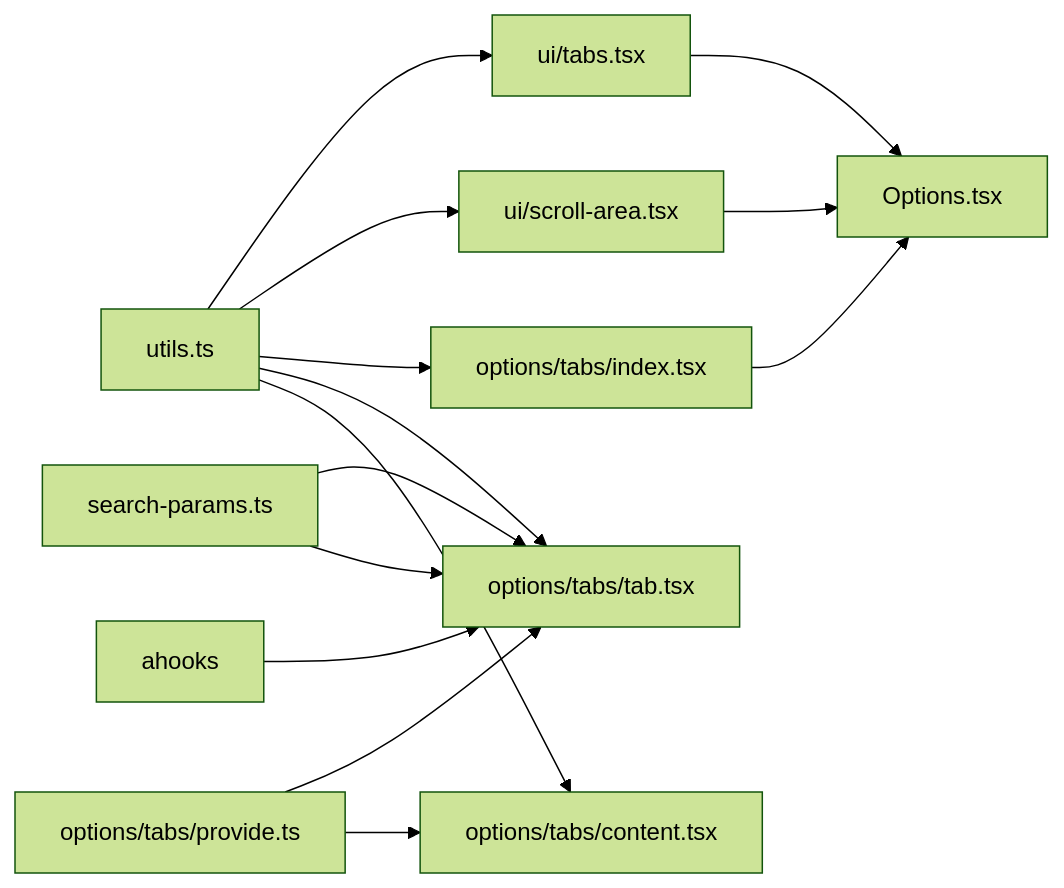
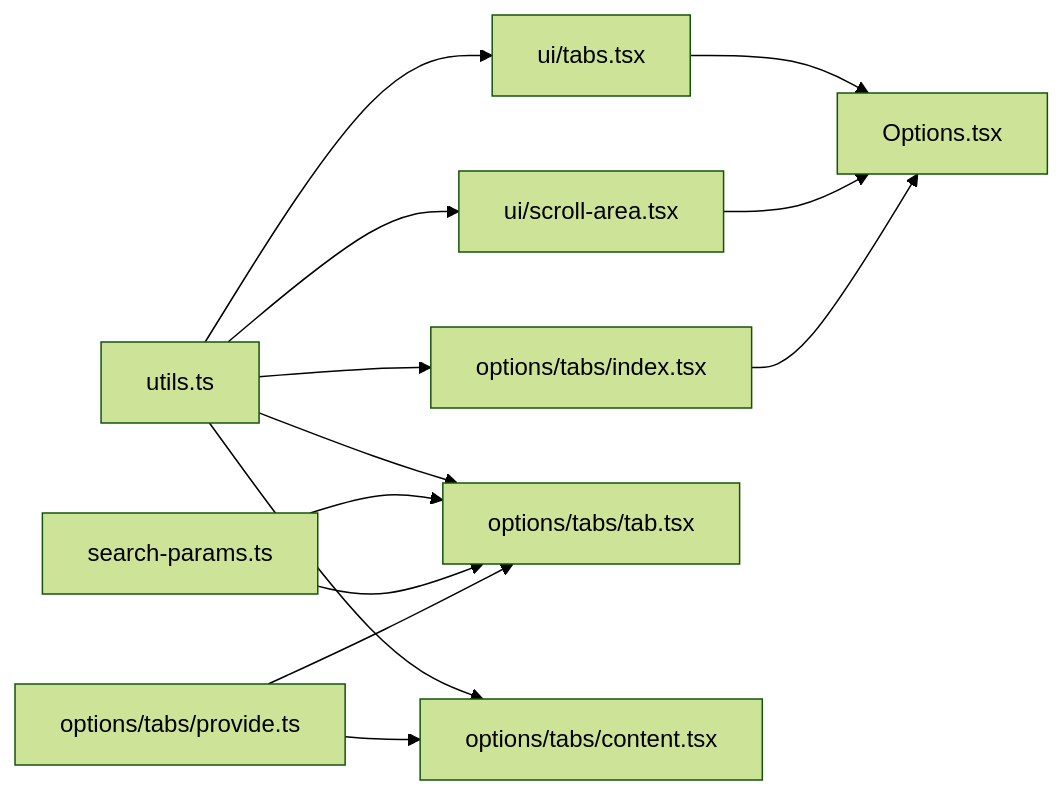
One commit to RadiumAg/bilibili-favorites changed the sixth of 6 diagrams in .qoder/repowiki/zh/content/UI组件系统/布局组件.md. Above: the diagram before and after it, drawn with Mermaid (forest theme). The commit also changed other lines of this file and 21 other files, not shown here.

````diff
--- a/.qoder/repowiki/zh/content/UI组件系统/布局组件.md
+++ b/.qoder/repowiki/zh/content/UI组件系统/布局组件.md
@@ -300,16 +281,15 @@
 ```mermaid
 graph LR
 Utils["utils.ts"] --> UITabs["ui/tabs.tsx"]
 Utils --> UIScroll["ui/scroll-area.tsx"]
 Utils --> OTabs["options/tabs/index.tsx"]
 Utils --> OTab["options/tabs/tab.tsx"]
 Utils --> OContent["options/tabs/content.tsx"]
 SP["search-params.ts"] --> OTab
 SP --> OTab
 Ctx["options/tabs/provide.ts"] --> OTab
 Ctx --> OContent
 UITabs --> Page["Options.tsx"]
 UIScroll --> Page
 OTabs --> Page
-AHooks["ahooks"] --> OTab
 ```
````
